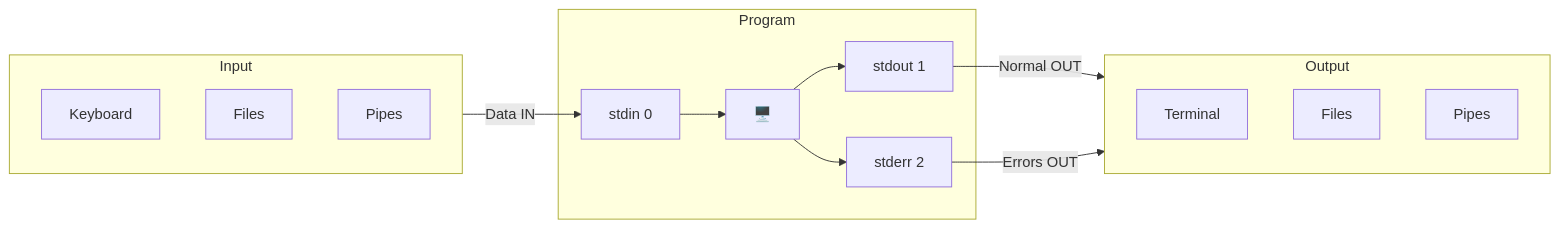
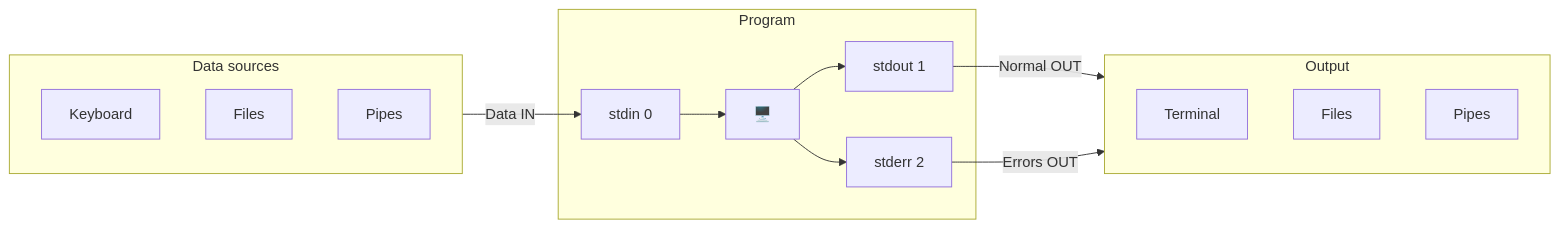
Before and after one commit to apcamargo/starlight-test: the first of 2 diagrams in src/content/docs/guides/linux.mdx, drawn with Mermaid. The commit also changed other lines of this file, not shown here.

````diff
--- a/src/content/docs/guides/linux.mdx
+++ b/src/content/docs/guides/linux.mdx
@@ -17,23 +17,25 @@
 ```mermaid
 flowchart LR
-    subgraph INPUT ["Input"]
+    subgraph INPUT ["Data sources"]
+        direction TB
         KB[Keyboard]
         FILE[Files]
         PIPE[Pipes]
     end
     
     subgraph PROGRAM ["Program"]
         STDIN[stdin 0] --> PROC[🖥️] --> STDOUT[stdout 1]
         PROC --> STDERR[stderr 2]
     end
     
     subgraph OUTPUT ["Output"]
+        direction TB
         TERM[Terminal]
         OUTFILE[Files]
         NEXTPROG[Pipes]
     end
     
     INPUT -->|"Data IN"| STDIN
     STDOUT -->|"Normal OUT"| OUTPUT
     STDERR -->|"Errors OUT"| OUTPUT
 ```
````
